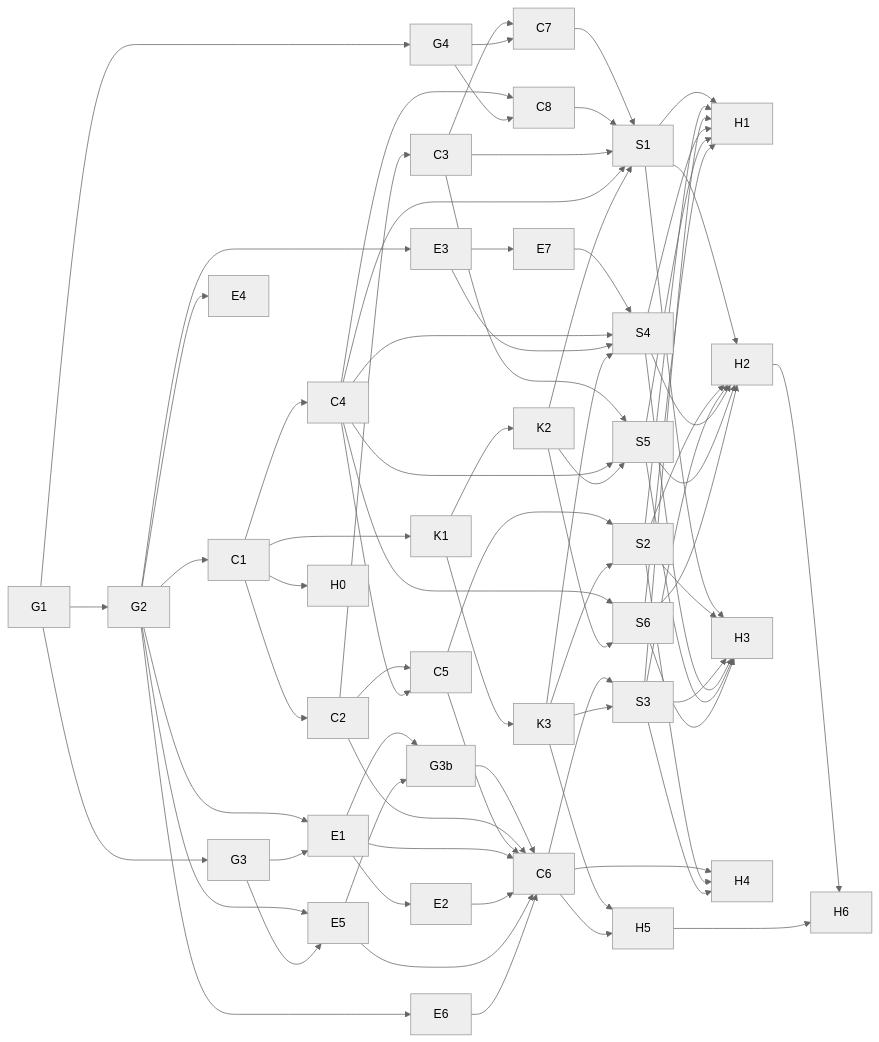
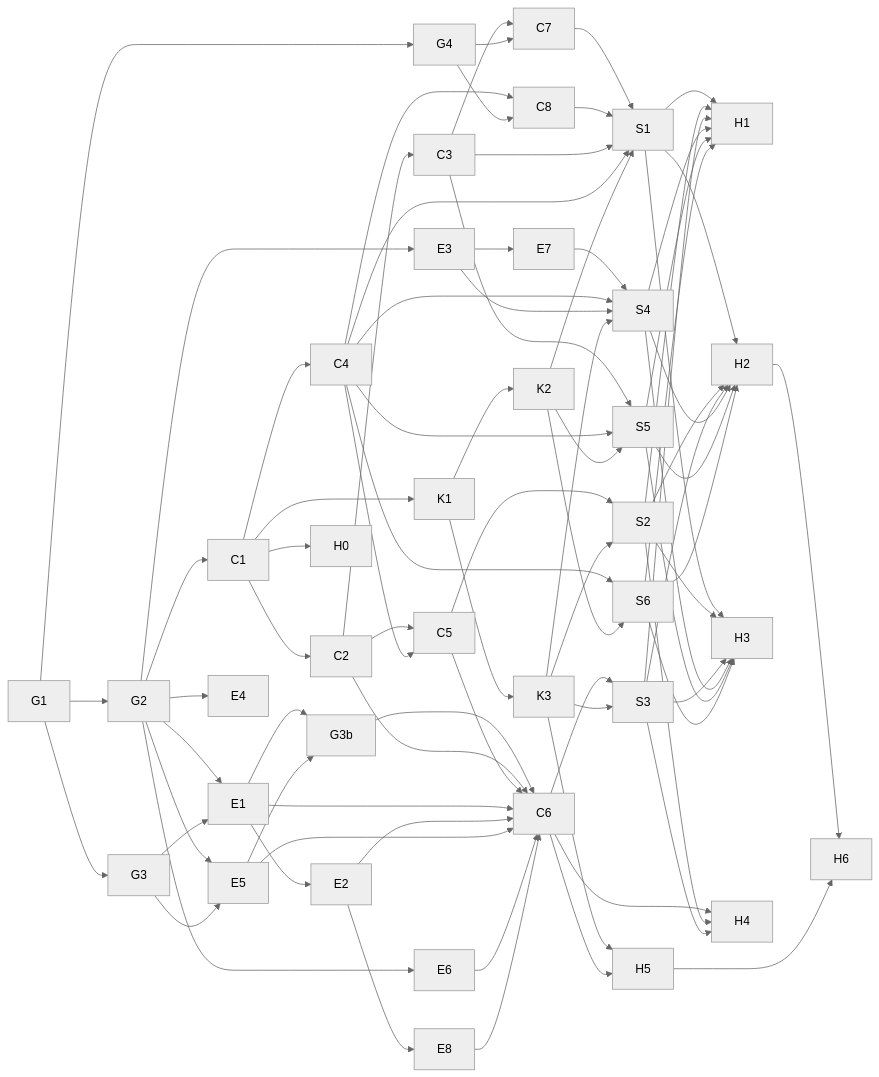
One commit to thisizmsk-png/vajra changed the diagram in docs/desktop/spec/tasks.md. Above: the diagram before and after it, drawn with Mermaid (neutral theme). The commit also changed other lines of this file and 3 other files, not shown here.

````diff
--- a/docs/desktop/spec/tasks.md
+++ b/docs/desktop/spec/tasks.md
@@ -120,28 +121,29 @@
 ```mermaid
 graph LR
   G1 --> G2 --> E3 & E1 & C1
   G1 --> G3 --> E1 --> E2
   G2 & G3 --> E5
   E1 & E5 --> G3b --> C6
   C1 --> C2 & C4 & K1
   C2 --> C3
   C2 & C4 --> C5
   C2 & C5 & E1 & E2 & E5 & E6 --> C6
   G1 --> G4
   C3 & G4 --> C7
   C4 & G4 --> C8
   C7 & C8 --> S1
   G2 --> E4 & E6
   E3 --> E7 --> S4
+  E2 --> E8 --> C6
   C1 --> H0
   K1 --> K2 & K3
   C3 & C4 & K2 --> S1 & S5
   C4 & E3 & K3 --> S4
   C4 & K2 --> S6
   C5 & K3 --> S2
   C6 & K3 --> S3
   S1 & S2 & S3 & S4 & S5 & S6 --> H1 & H2 & H3
   C6 & S2 & S3 --> H4
   K3 & C6 --> H5
   H2 & H5 --> H6
 ```
````
